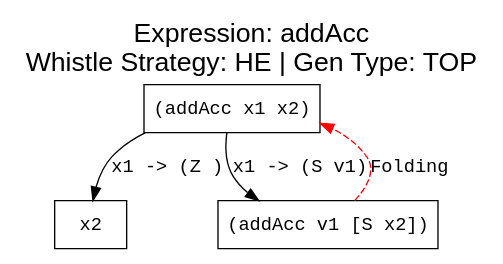
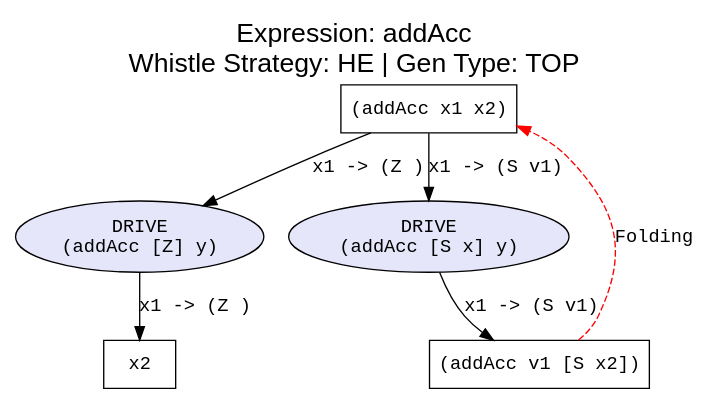
Before and after one commit to makezh/coursework_supercompiler: the diagram in output/test2_addAcc/he.dot, drawn with Graphviz. The commit also changed 5 other files, not shown here.

```diff
--- a/output/test2_addAcc/he.dot
+++ b/output/test2_addAcc/he.dot
@@ -1,15 +1,19 @@
 digraph ProcessTree {
   label="Expression: addAcc\nWhistle Strategy: HE | Gen Type: TOP";
   labelloc="t";
   fontsize=20;
   fontname="Arial";
 
     node [fontname="Courier New"];
     edge [fontname="Courier New"];
     n0 [label="(addAcc x1 x2)", shape=box];
-    n0 -> n1 [label="x1 -> (Z )"];
-    n0 -> n2 [label="x1 -> (S v1)"];
+    drv1 [label="DRIVE\n(addAcc [Z] y)", shape=ellipse, style="filled", fillcolor="lavender"];
+    n0 -> drv1 [label="x1 -> (Z )"];
+    drv1 -> n1 [label="x1 -> (Z )"];
+    drv2 [label="DRIVE\n(addAcc [S x] y)", shape=ellipse, style="filled", fillcolor="lavender"];
+    n0 -> drv2 [label="x1 -> (S v1)"];
+    drv2 -> n2 [label="x1 -> (S v1)"];
     n1 [label="x2", shape=box];
     n2 [label="(addAcc v1 [S x2])", shape=box];
     n2 -> n0 [style=dashed, color=red, label="Folding"];
 }
```
